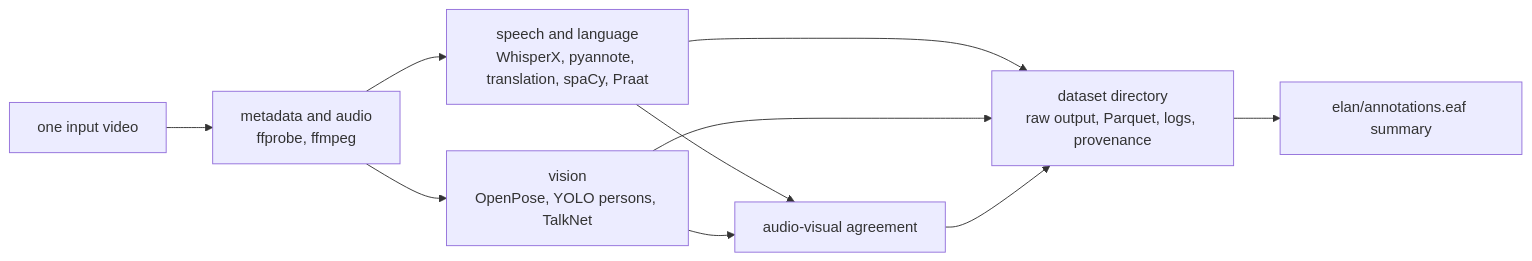
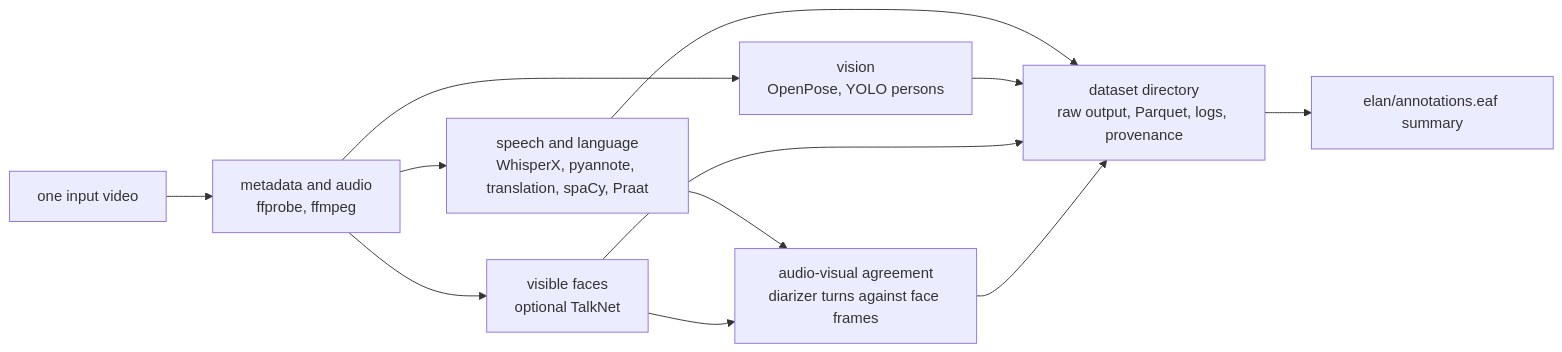
The diagram in README.md (RaulKite/storytell-pipeline), drawn with Mermaid before and after one commit. The commit also changed 4 other files, not shown here.

First line of the commit message:
docs: correct walkthrough scoping, diarizer joins and diagram edges after review

````diff
--- a/README.md
+++ b/README.md
@@ -33,12 +33,14 @@
 ```mermaid
 flowchart LR
     video["one input video"] --> meta["metadata and audio<br/>ffprobe, ffmpeg"]
     meta --> speech["speech and language<br/>WhisperX, pyannote, translation, spaCy, Praat"]
-    meta --> vision["vision<br/>OpenPose, YOLO persons, TalkNet"]
-    speech --> fusion["audio-visual agreement"]
-    vision --> fusion
+    meta --> vision["vision<br/>OpenPose, YOLO persons"]
+    meta --> faces["visible faces<br/>optional TalkNet"]
+    speech --> fusion["audio-visual agreement<br/>diarizer turns against face frames"]
+    faces --> fusion
     speech --> data["dataset directory<br/>raw output, Parquet, logs, provenance"]
     vision --> data
+    faces --> data
     fusion --> data
     data --> eaf["elan/annotations.eaf summary"]
 ```
````
